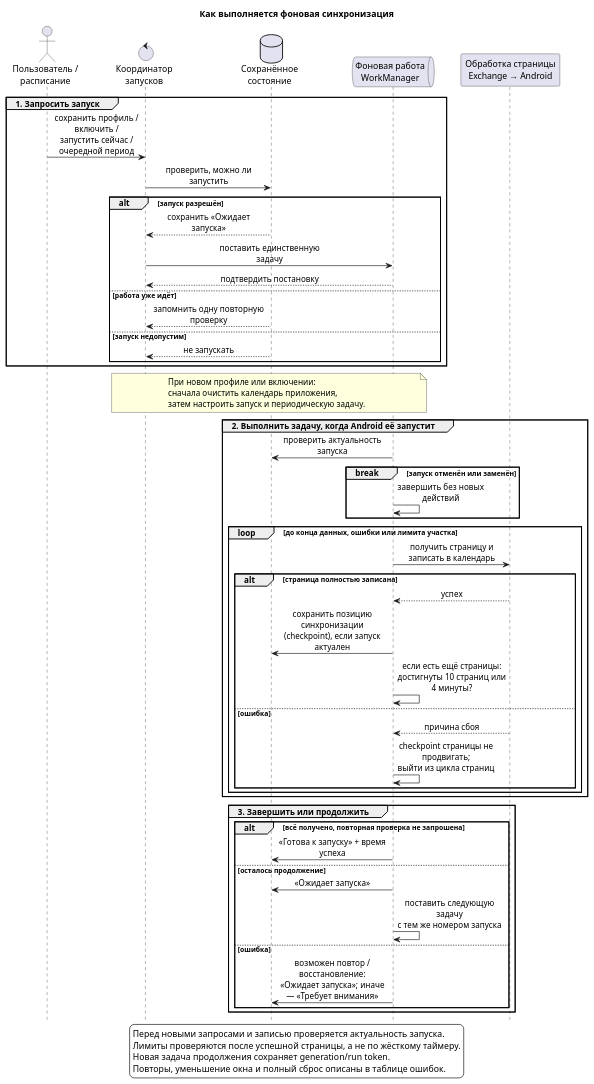
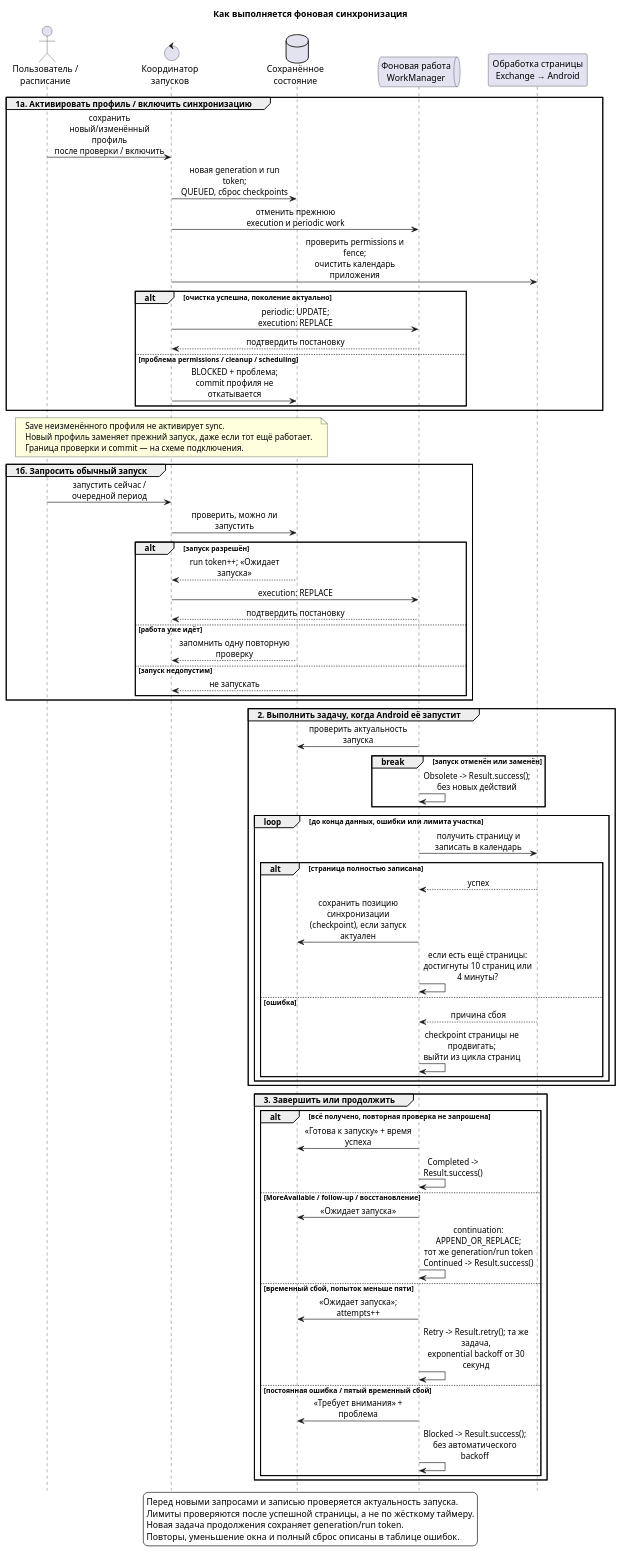
Before and after one commit to mixalich7b/exchange-sync-android: the diagram in docs/diagrams/worker-lifecycle-sequence.puml, drawn with PlantUML. The commit also changed 6 other files, not shown here.

```diff
--- a/docs/diagrams/worker-lifecycle-sequence.puml
+++ b/docs/diagrams/worker-lifecycle-sequence.puml
@@ -1,71 +1,89 @@
 @startuml
 title Как выполняется фоновая синхронизация
 skinparam shadowing false
 skinparam backgroundColor white
 skinparam sequenceMessageAlign center
 skinparam ParticipantPadding 15
 skinparam maxMessageSize 180
 hide footbox
 
 actor "Пользователь /\nрасписание" as Trigger
 control "Координатор\nзапусков" as Core
 database "Сохранённое\nсостояние" as State
 queue "Фоновая работа\nWorkManager" as Work
 participant "Обработка страницы\nExchange → Android" as Calendar
 
-group 1. Запросить запуск
-  Trigger -> Core : сохранить профиль / включить /\nзапустить сейчас / очередной период
+group 1а. Активировать профиль / включить синхронизацию
+  Trigger -> Core : сохранить новый/изменённый профиль\nпосле проверки / включить
+  Core -> State : новая generation и run token;\nQUEUED, сброс checkpoints
+  Core -> Work : отменить прежнюю execution и periodic work
+  Core -> Calendar : проверить permissions и fence;\nочистить календарь приложения
+  alt очистка успешна, поколение актуально
+    Core -> Work : periodic: UPDATE;\nexecution: REPLACE
+    Work --> Core : подтвердить постановку
+  else проблема permissions / cleanup / scheduling
+    Core -> State : BLOCKED + проблема;\ncommit профиля не откатывается
+  end
+end
+
+note over Trigger, State
+Save неизменённого профиля не активирует sync.
+Новый профиль заменяет прежний запуск, даже если тот ещё работает.
+Граница проверки и commit — на схеме подключения.
+end note
+
+group 1б. Запросить обычный запуск
+  Trigger -> Core : запустить сейчас / очередной период
   Core -> State : проверить, можно ли запустить
   alt запуск разрешён
-    State --> Core : сохранить «Ожидает запуска»
-    Core -> Work : поставить единственную задачу
+    State --> Core : run token++; «Ожидает запуска»
+    Core -> Work : execution: REPLACE
     Work --> Core : подтвердить постановку
   else работа уже идёт
     State --> Core : запомнить одну повторную проверку
   else запуск недопустим
     State --> Core : не запускать
   end
 end
 
-note over Core, Work
-При новом профиле или включении:
-сначала очистить календарь приложения,
-затем настроить запуск и периодическую задачу.
-end note
-
 group 2. Выполнить задачу, когда Android её запустит
   Work -> State : проверить актуальность запуска
   break запуск отменён или заменён
-    Work -> Work : завершить без новых действий
+    Work -> Work : Obsolete -> Result.success();\nбез новых действий
   end
   loop до конца данных, ошибки или лимита участка
     Work -> Calendar : получить страницу и записать в календарь
     alt страница полностью записана
       Calendar --> Work : успех
       Work -> State : сохранить позицию синхронизации\n(checkpoint), если запуск актуален
       Work -> Work : если есть ещё страницы:\nдостигнуты 10 страниц или 4 минуты?
     else ошибка
       Calendar --> Work : причина сбоя
       Work -> Work : checkpoint страницы не продвигать;\nвыйти из цикла страниц
     end
   end
 end
 
 group 3. Завершить или продолжить
   alt всё получено, повторная проверка не запрошена
     Work -> State : «Готова к запуску» + время успеха
-  else осталось продолжение
+    Work -> Work : Completed -> Result.success()
+  else MoreAvailable / follow-up / восстановление
     Work -> State : «Ожидает запуска»
-    Work -> Work : поставить следующую задачу\nс тем же номером запуска
-  else ошибка
-    Work -> State : возможен повтор / восстановление:\n«Ожидает запуска»; иначе — «Требует внимания»
+    Work -> Work : continuation: APPEND_OR_REPLACE;\nтот же generation/run token\nContinued -> Result.success()
+  else временный сбой, попыток меньше пяти
+    Work -> State : «Ожидает запуска»; attempts++
+    Work -> Work : Retry -> Result.retry(); та же задача,\nexponential backoff от 30 секунд
+  else постоянная ошибка / пятый временный сбой
+    Work -> State : «Требует внимания» + проблема
+    Work -> Work : Blocked -> Result.success();\nбез автоматического backoff
   end
 end
 
 legend bottom
 Перед новыми запросами и записью проверяется актуальность запуска.
 Лимиты проверяются после успешной страницы, а не по жёсткому таймеру.
 Новая задача продолжения сохраняет generation/run token.
 Повторы, уменьшение окна и полный сброс описаны в таблице ошибок.
 endlegend
 @enduml
```
